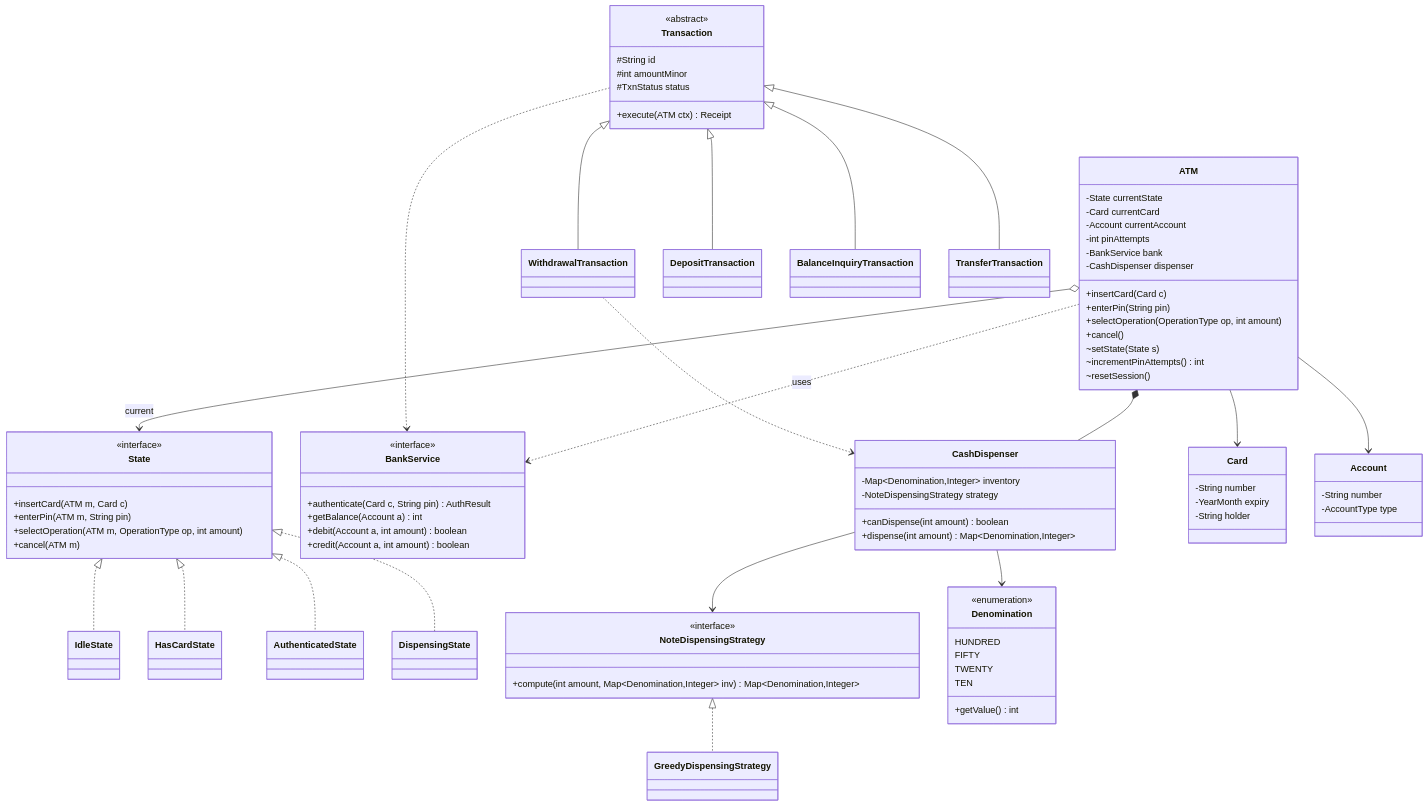
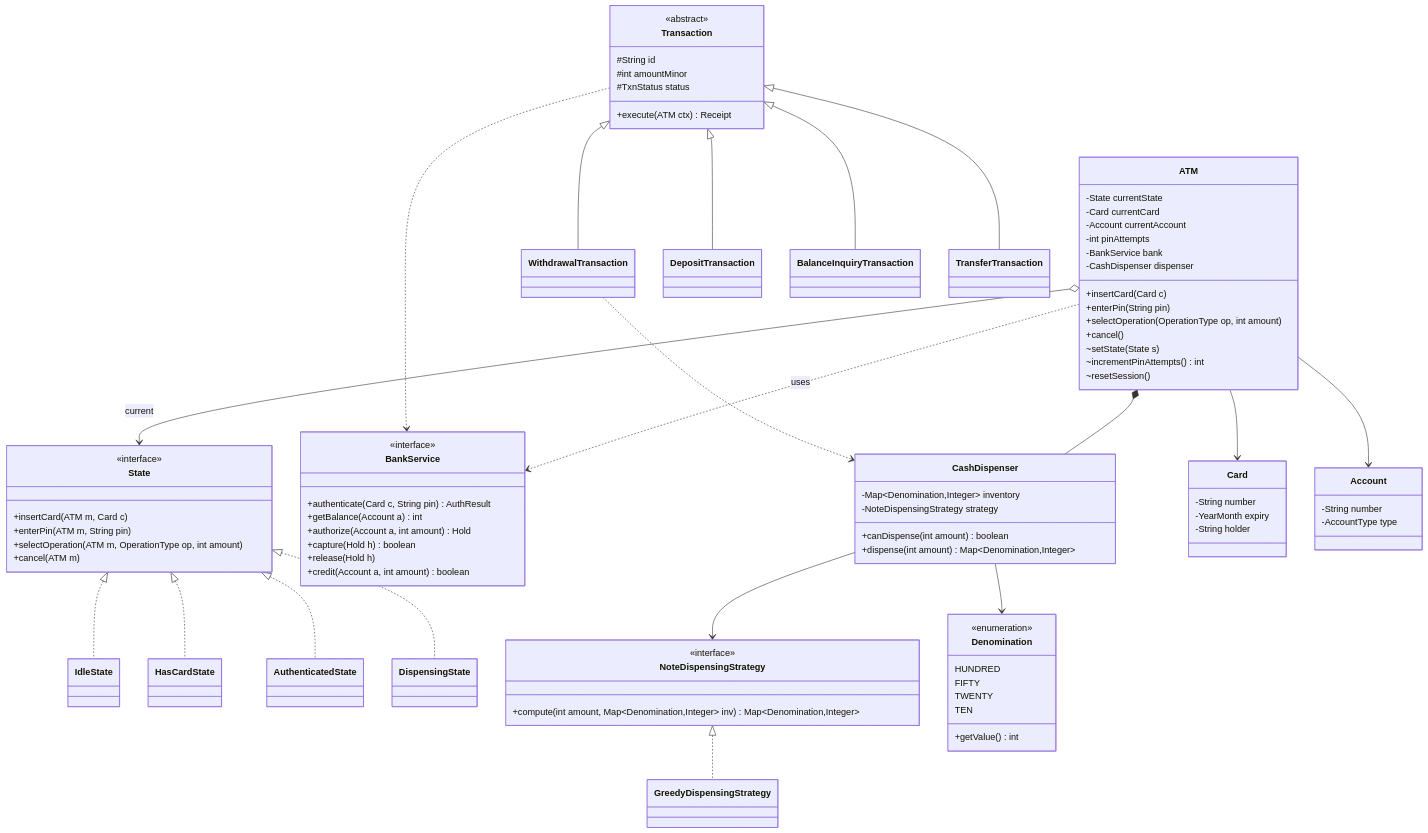
Before and after one commit to PaulSayantan/grokking-interview: the first of 2 diagrams in topics/lld-and-ood/design-atm/concepts.md, drawn with Mermaid. The commit also changed other lines of this file and 82 other files, not shown here.

```diff
--- a/topics/lld-and-ood/design-atm/concepts.md
+++ b/topics/lld-and-ood/design-atm/concepts.md
@@ -155,7 +155,9 @@
         <<interface>>
         +authenticate(Card c, String pin) AuthResult
         +getBalance(Account a) int
-        +debit(Account a, int amount) boolean
+        +authorize(Account a, int amount) Hold
+        +capture(Hold h) boolean
+        +release(Hold h)
         +credit(Account a, int amount) boolean
     }
     class Transaction {
```
